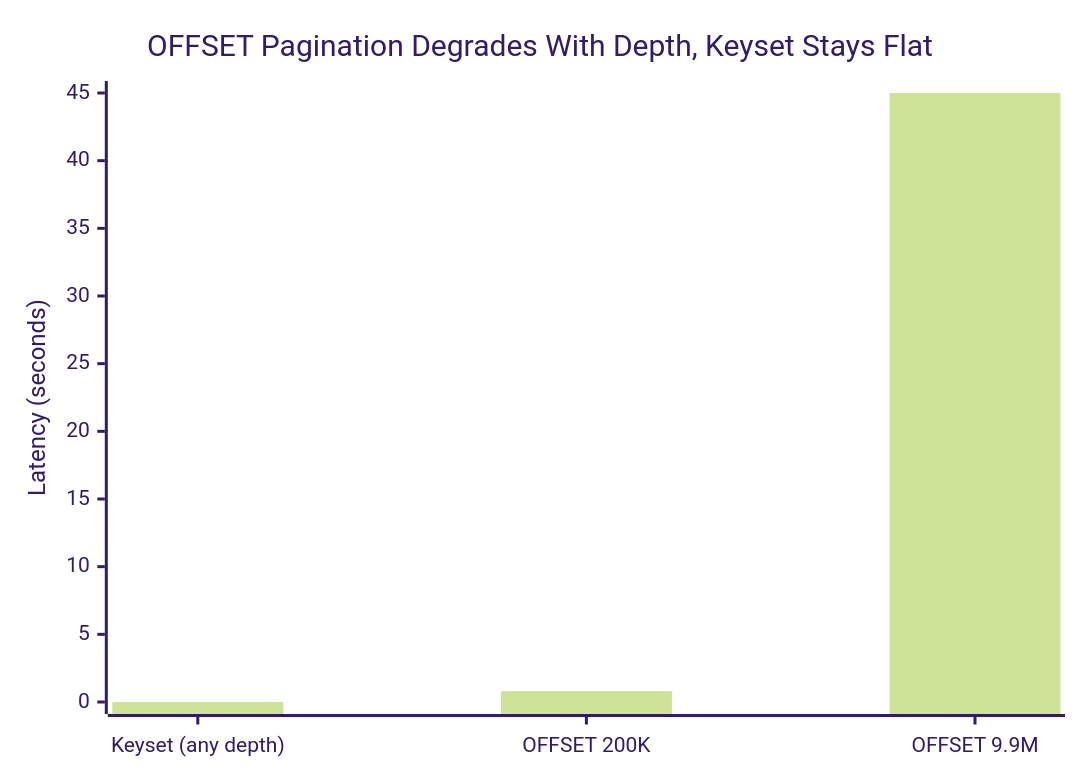
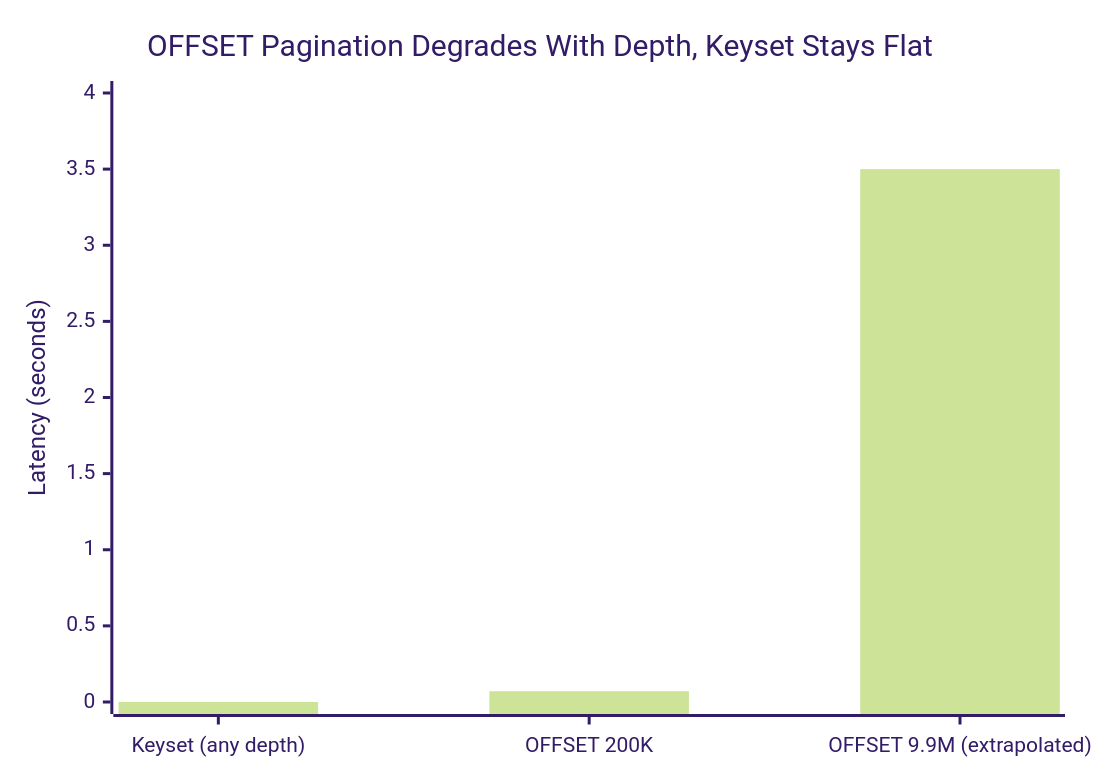
One commit to rppol/system-design changed the third of 3 diagrams in src/main/java/com/rutik/systemdesign/backend/query_optimization/README.md. Above: the diagram before and after it, drawn with Mermaid (forest theme). The commit also changed other lines of this file and 21 other files, not shown here.

````diff
--- a/src/main/java/com/rutik/systemdesign/backend/query_optimization/README.md
+++ b/src/main/java/com/rutik/systemdesign/backend/query_optimization/README.md
@@ -420,7 +424,7 @@
 ```mermaid
 xychart-beta
     title "OFFSET Pagination Degrades With Depth, Keyset Stays Flat"
-    x-axis ["Keyset (any depth)", "OFFSET 200K", "OFFSET 9.9M"]
-    y-axis "Latency (seconds)" 0 --> 45
-    bar [0.001, 0.8, 45]
+    x-axis ["Keyset (any depth)", "OFFSET 200K", "OFFSET 9.9M (extrapolated)"]
+    y-axis "Latency (seconds)" 0 --> 4
+    bar [0.00016, 0.071, 3.5]
 ```
````
